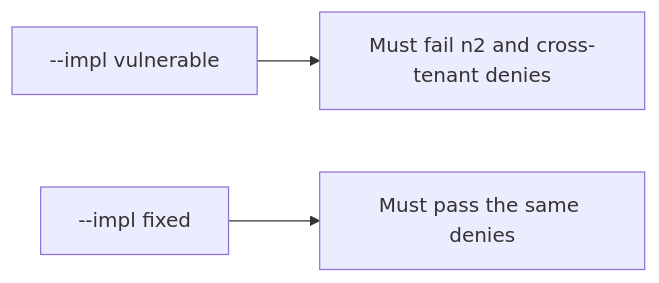
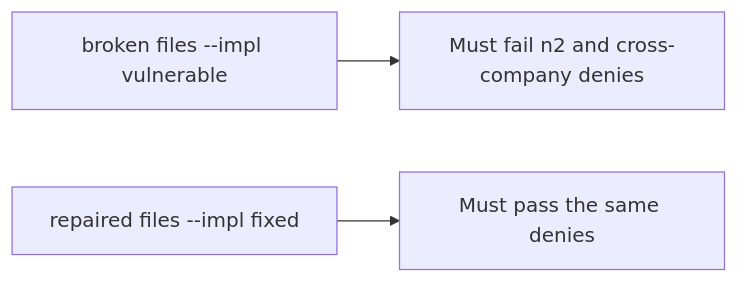
Before and after one commit to ishitvagoel/LearnSecurity: the diagram in content/modules/4/4.4/lessons/05-verify.md, drawn with Mermaid. The commit also changed other lines of this file and 39 other files, not shown here.

````diff
--- a/content/modules/4/4.4/lessons/05-verify.md
+++ b/content/modules/4/4.4/lessons/05-verify.md
@@ -15,5 +14,5 @@
 ```mermaid
 flowchart LR
-  V["--impl vulnerable"] --> F["Must fail n2 and cross-tenant denies"]
-  X["--impl fixed"] --> P["Must pass the same denies"]
+  V["broken files --impl vulnerable"] --> F["Must fail n2 and cross-company denies"]
+  X["repaired files --impl fixed"] --> P["Must pass the same denies"]
 ```
````
